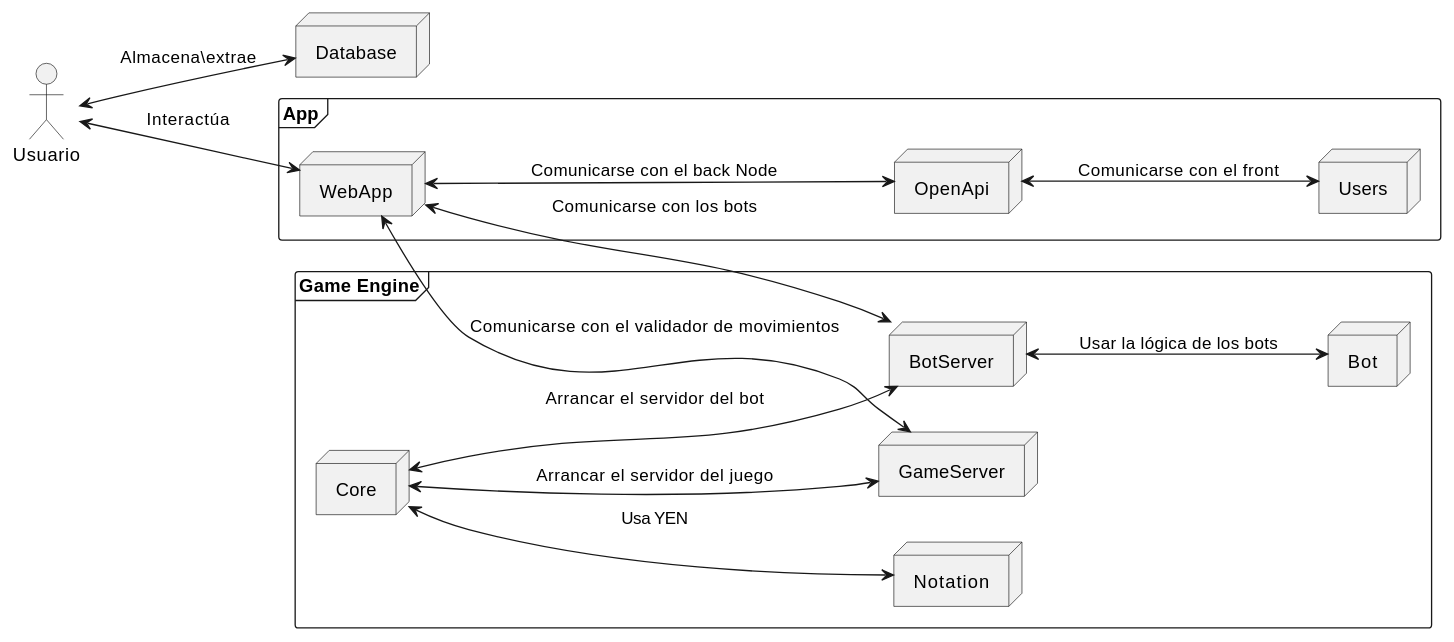
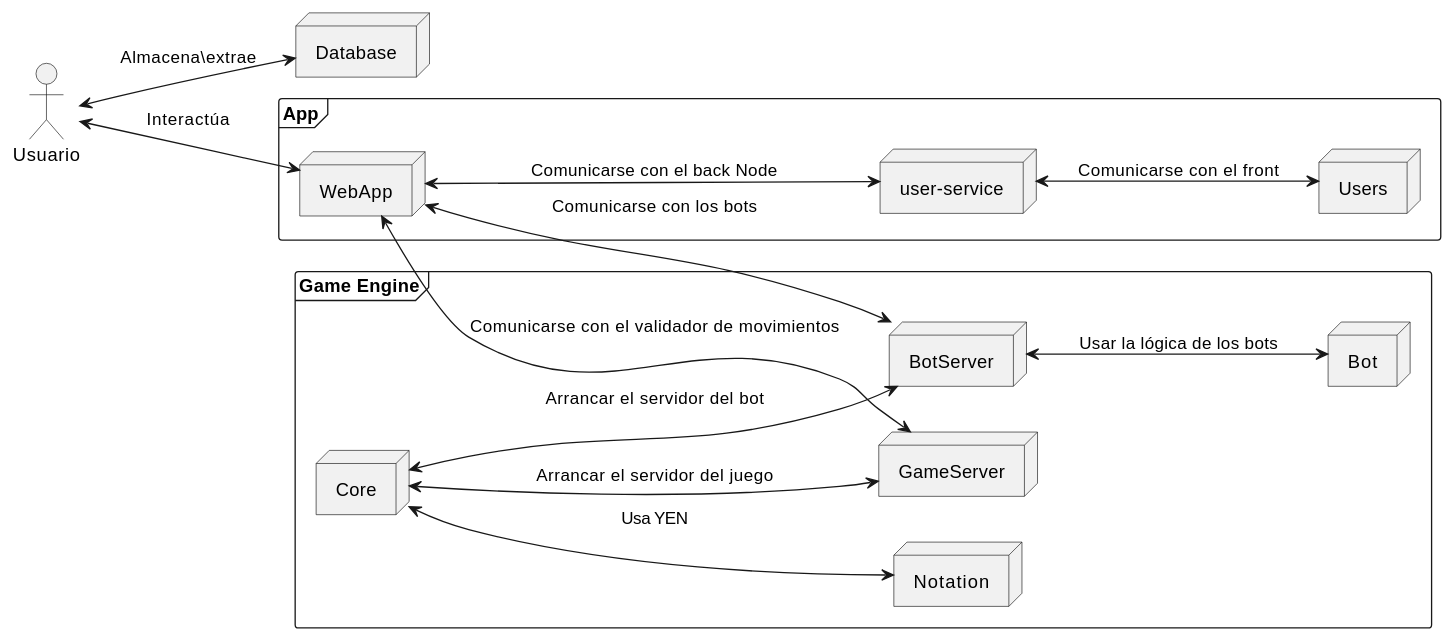
The second of 3 diagrams in docs/src/05_building_block_view.adoc (Arquisoft/yovi_es5a), drawn with PlantUML before and after one commit. The commit also changed other lines of this file and 6 other files, not shown here.

```diff
--- a/docs/src/05_building_block_view.adoc
+++ b/docs/src/05_building_block_view.adoc
@@ -155,38 +155,38 @@
 [plantuml,"Nivel 2",png]
 ----
 @startuml
 skinparam monochrome true
 left to right direction
 
 actor Usuario
 
 frame "App" {
   node "WebApp"
-  node "OpenApi"
+  node "user-service"
   node "Users"
 }
 
 node "Database"
 
 frame "Game Engine" {
   node "Bot"
   node "BotServer"
   node "Core"
   node "Notation"
   node "GameServer"
 }
 
 "Usuario" <--> "WebApp" : Interactúa
-"WebApp" <--> "OpenApi" : Comunicarse con el back Node
-"OpenApi" <--> "Users" : Comunicarse con el front
+"WebApp" <--> "user-service" : Comunicarse con el back Node
+"user-service" <--> "Users" : Comunicarse con el front
 
 "Usuario" <--> "Database" : Almacena\extrae
 "WebApp" <--> "BotServer" : Comunicarse con los bots
 "WebApp" <--> "GameServer" : Comunicarse con el validador de movimientos
 "Core" <--> "Notation" : Usa YEN
 "BotServer" <--> "Bot" : Usar la lógica de los bots
 "Core" <--> "BotServer" : Arrancar el servidor del bot
 "Core" <--> "GameServer" : Arrancar el servidor del juego
 
 @enduml
 ----
```
